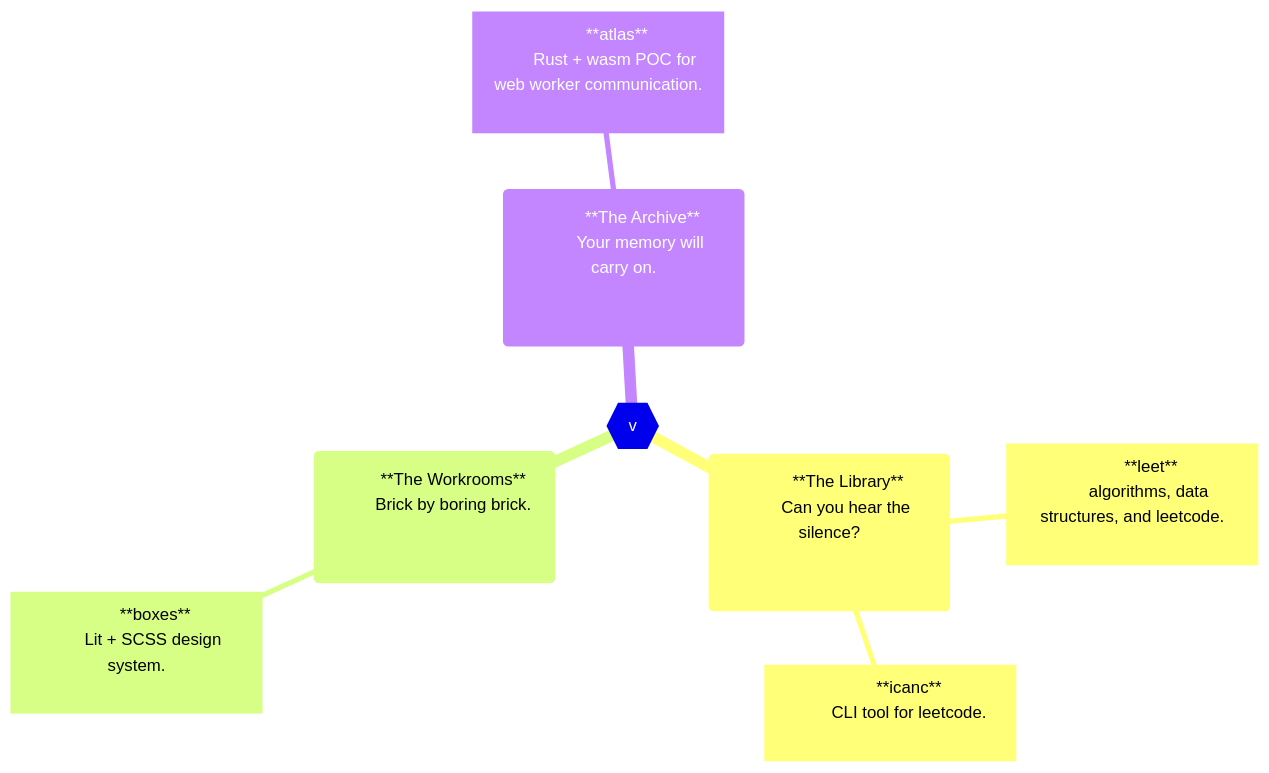
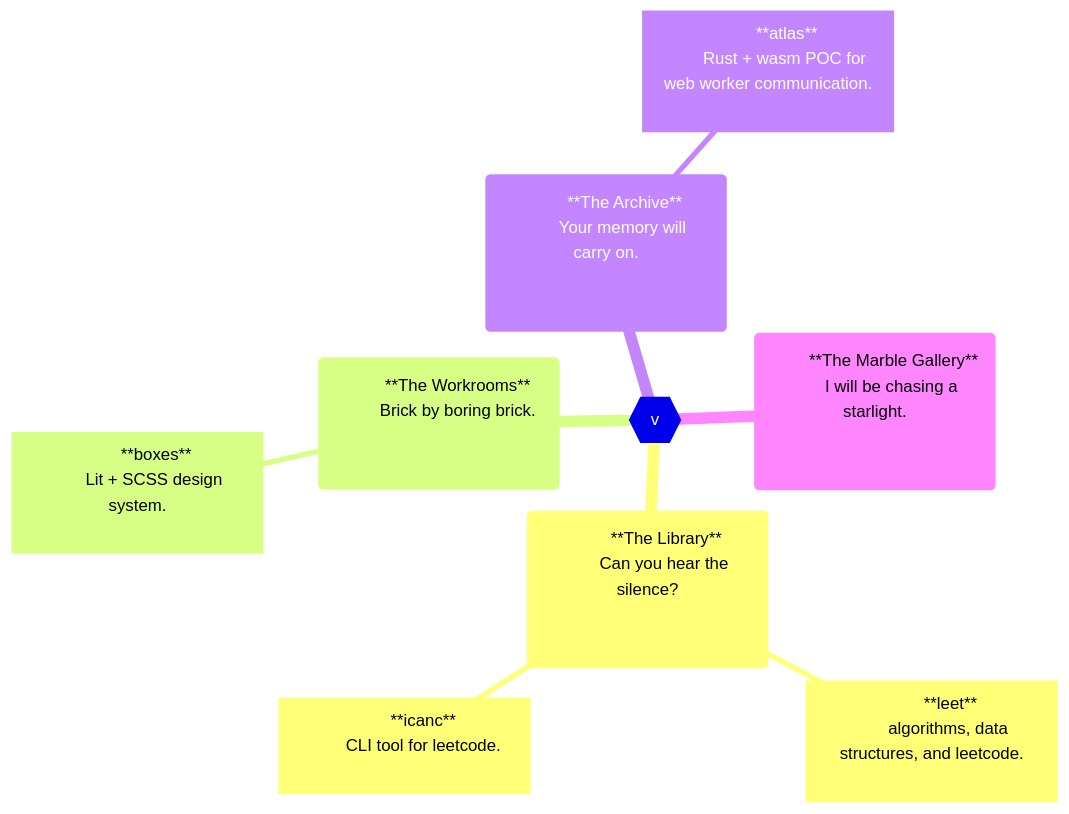
Before and after one commit to voxelstack/voxelstack: the diagram in README.md, drawn with Mermaid.

````diff
--- a/README.md
+++ b/README.md
@@ -4,36 +4,41 @@
 ```mermaid
 mindmap
   root{{v}}
     (
         **The Library**
         Can you hear the silence?
         <!-- Can you see the dark? -->
     )
       [
         **leet**
         algorithms, data structures, and leetcode.
       ]
       [
         **icanc**
         CLI tool for leetcode.
       ]
     (
         <!-- The word "workshop" was taken from us. -->
         **The Workrooms**
         Brick by boring brick.
         <!-- Or the wolf's gonna blow it down -->
     )
       [
         **boxes**
         Lit + SCSS design system.
       ]
     (
         **The Archive**
         Your memory will carry on.
         <!-- We'll carry on -->
     )
       [
         **atlas**
         Rust + wasm POC for web worker communication.
       ]
+    (
+        **The Marble Gallery**
+        I will be chasing a starlight.
+        <!-- Until the end of my life. -->
+    )
 ```
````
